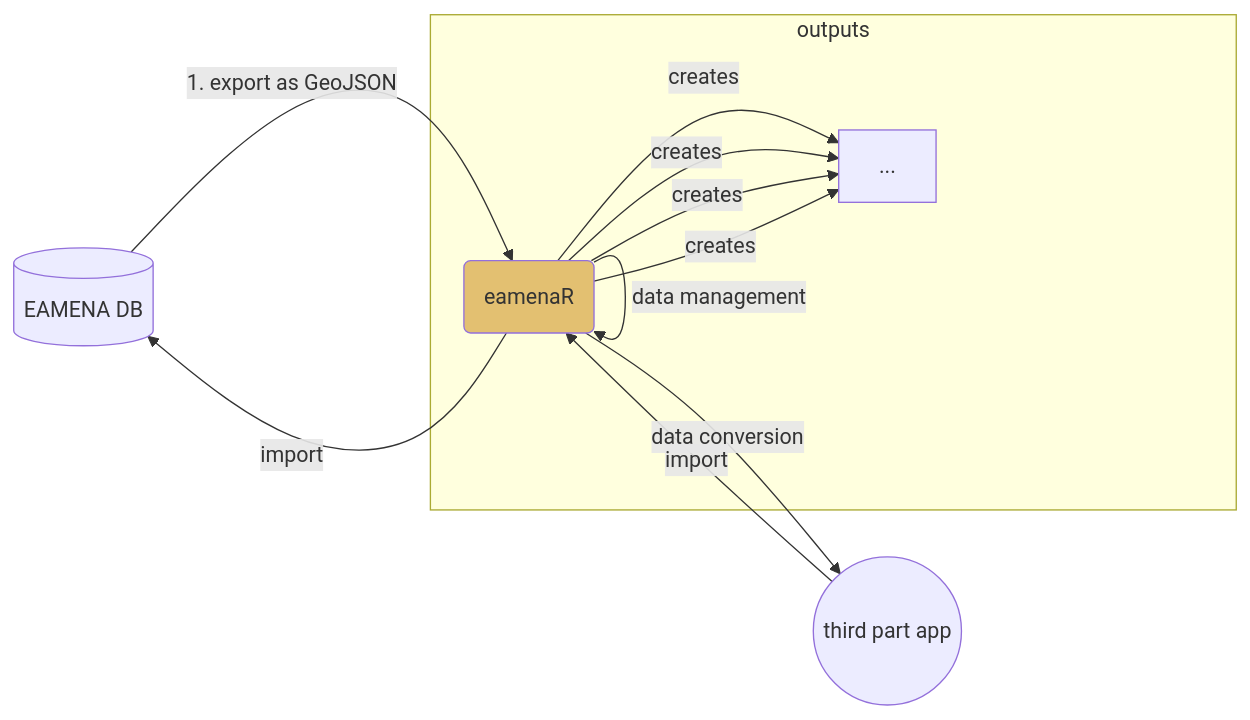
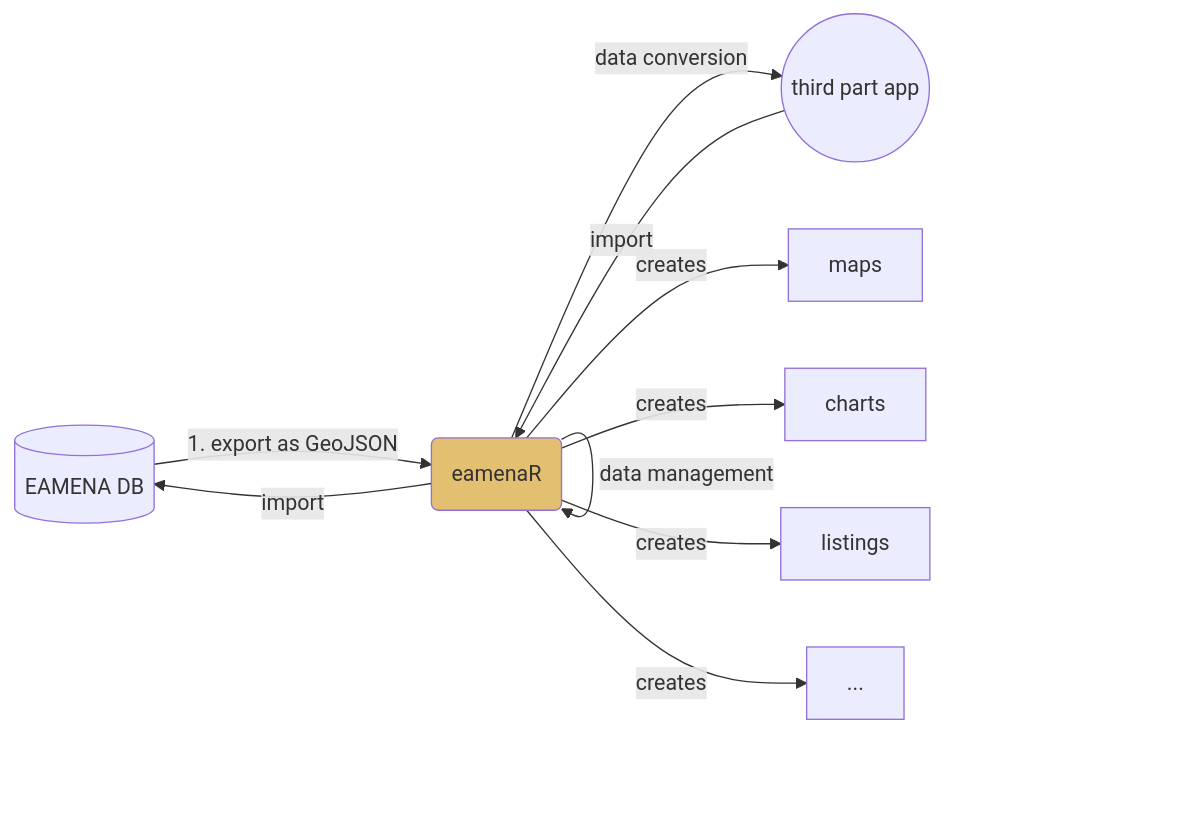
The diagram in data/bulk/temp.md (eamena-project/eamena-arches-dev), drawn with Mermaid before and after one commit.

Commit message:
mermaids

````diff
--- a/data/bulk/temp.md
+++ b/data/bulk/temp.md
@@ -3,15 +3,13 @@
 ```mermaid
 flowchart LR
     A[(EAMENA DB)] --1. export as GeoJSON--> B("eamenaR"):::eamenaRpkg;
     B --data management--> B;
     B --data conversion--> C((third part app));
     C --import--> B;
     B --import--> A;
-    subgraph outputs
     B --creates--> D[maps]
-    B --creates--> D[charts]
-    B --creates--> D[listings]
-    B --creates--> D[...]
-    end
+    B --creates--> E[charts]
+    B --creates--> F[listings]
+    B --creates--> G[...]
     classDef eamenaRpkg fill:#e3c071;
 ```
````
